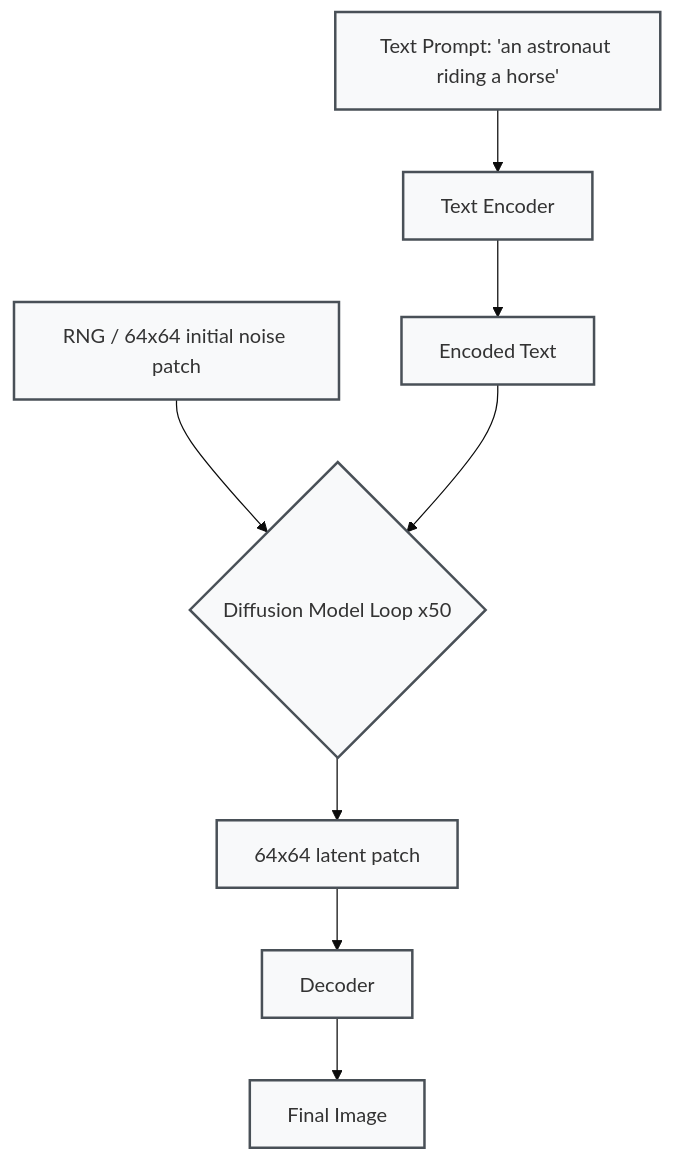
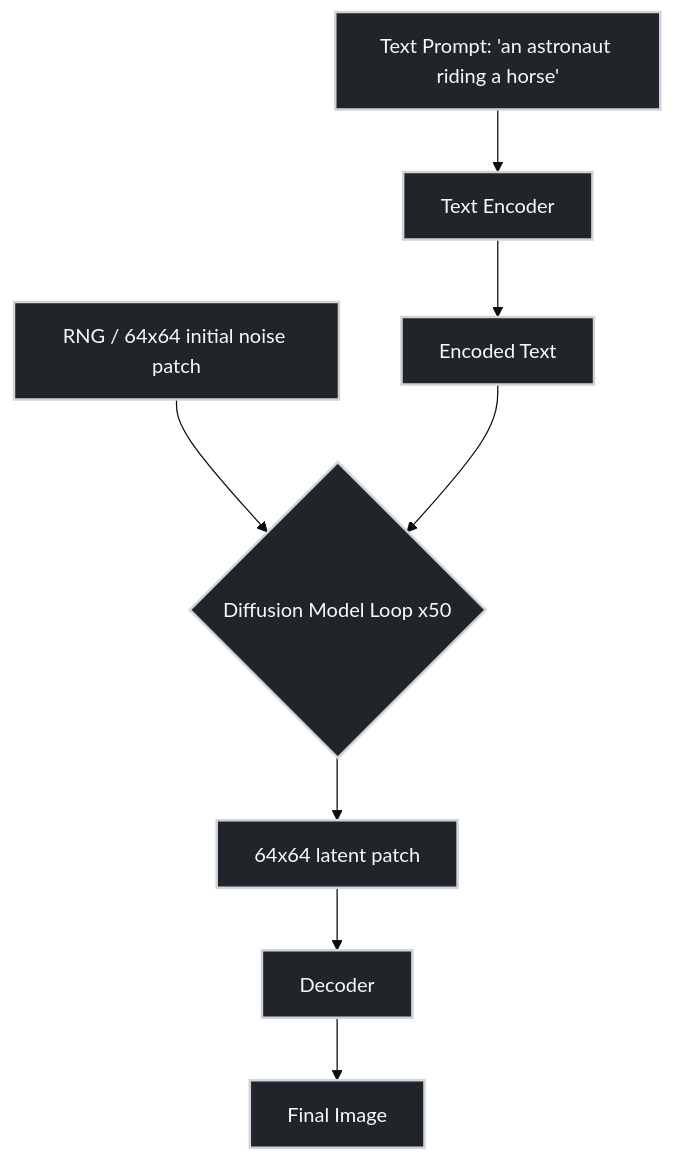
The fourth of 5 diagrams in AI-ML/Lec 02 - Introduction to Generative AI (Simplified).md (dulithdivisekara/SLIIT-Y2S1-vault), drawn with Mermaid (base theme) before and after one commit. The commit also changed other lines of this file, not shown here.

Commit message:
Update AI definitions and diagram styles in lecture notes

````diff
--- a/AI-ML/Lec 02 - Introduction to Generative AI (Simplified).md
+++ b/AI-ML/Lec 02 - Introduction to Generative AI (Simplified).md
@@ -101,12 +93,13 @@
 ```mermaid
 graph TD
-    classDef steps fill:#f8f9fa,stroke:#495057,stroke-width:2px;
+    classDef steps fill:#212529,stroke:#ced4da,stroke-width:2px,color:#f8f9fa;
     
     A[Text Prompt: 'an astronaut riding a horse']:::steps --> B[Text Encoder]:::steps
     B --> C[Encoded Text]:::steps
     D[RNG / 64x64 initial noise patch]:::steps --> E{Diffusion Model Loop x50}:::steps
     C --> E
     E --> F[64x64 latent patch]:::steps
     F --> G[Decoder]:::steps
     G --> H[Final Image]:::steps
+
 ```
````
